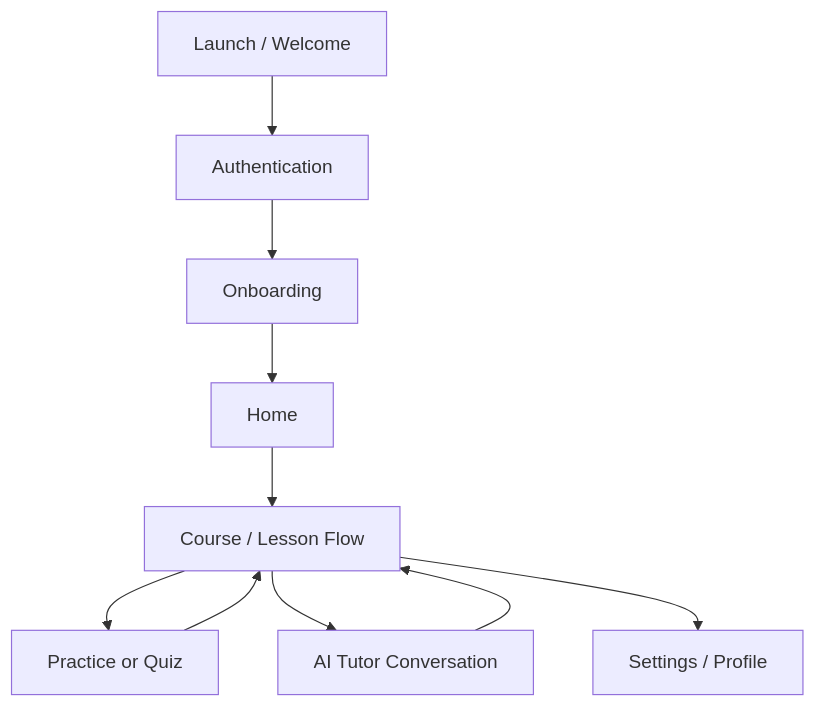
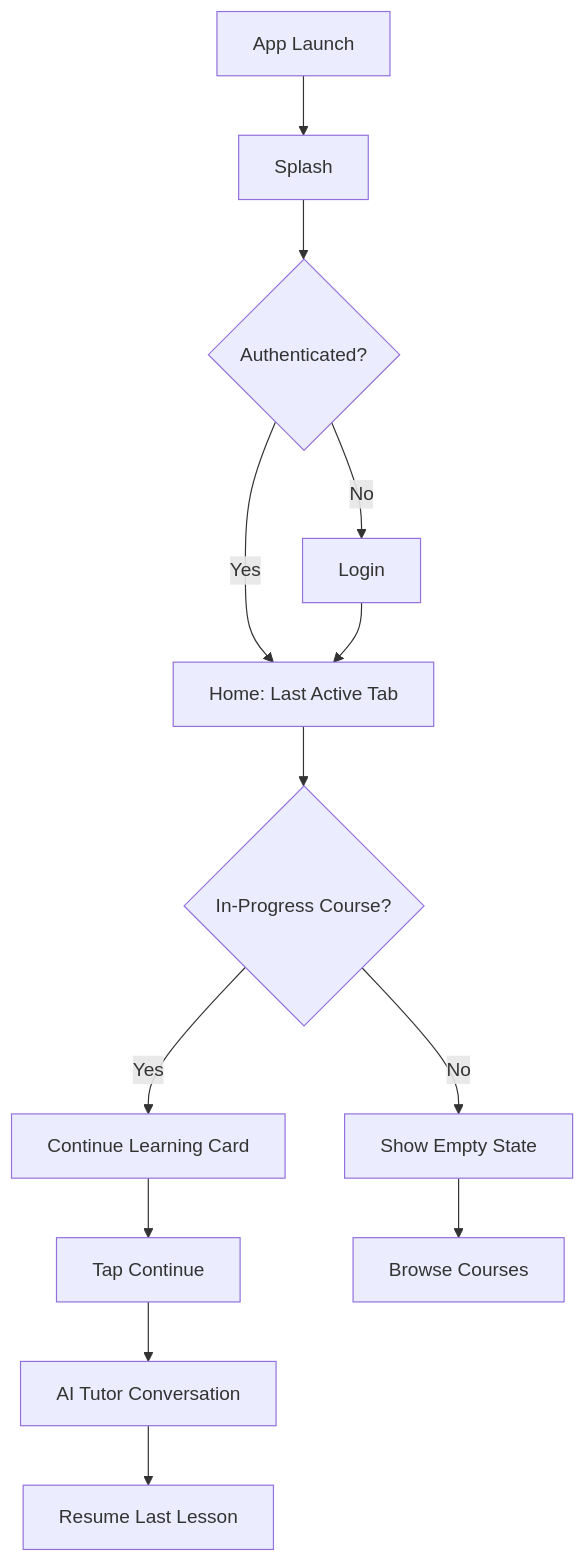
The third of 11 diagrams in docs/design/Design.md (Rezaprtma/MentorinAja), drawn with Mermaid before and after one commit. The commit also changed other lines of this file and 166 other files, not shown here.

Commit message:
feat(frontend): implement splash, onboarding, and authentication flow

````diff
--- a/docs/design/Design.md
+++ b/docs/design/Design.md
@@ -518,12 +273,15 @@
 ```mermaid
 flowchart TD
-    A[Launch / Welcome] --> B[Authentication]
-    B --> C[Onboarding]
-    C --> D[Home]
-    D --> E[Course / Lesson Flow]
-    E --> F[Practice or Quiz]
-    E --> G[AI Tutor Conversation]
-    E --> H[Settings / Profile]
-    F --> E
-    G --> E
+    A[App Launch] --> B[Splash]
+    B --> C{Authenticated?}
+    C -->|Yes| D[Home: Last Active Tab]
+    C -->|No| E[Login]
+    E --> D
+    D --> F{In-Progress Course?}
+    F -->|Yes| G[Continue Learning Card]
+    G --> H[Tap Continue]
+    H --> I[AI Tutor Conversation]
+    I --> J[Resume Last Lesson]
+    F -->|No| K[Show Empty State]
+    K --> L[Browse Courses]
 ```
````
